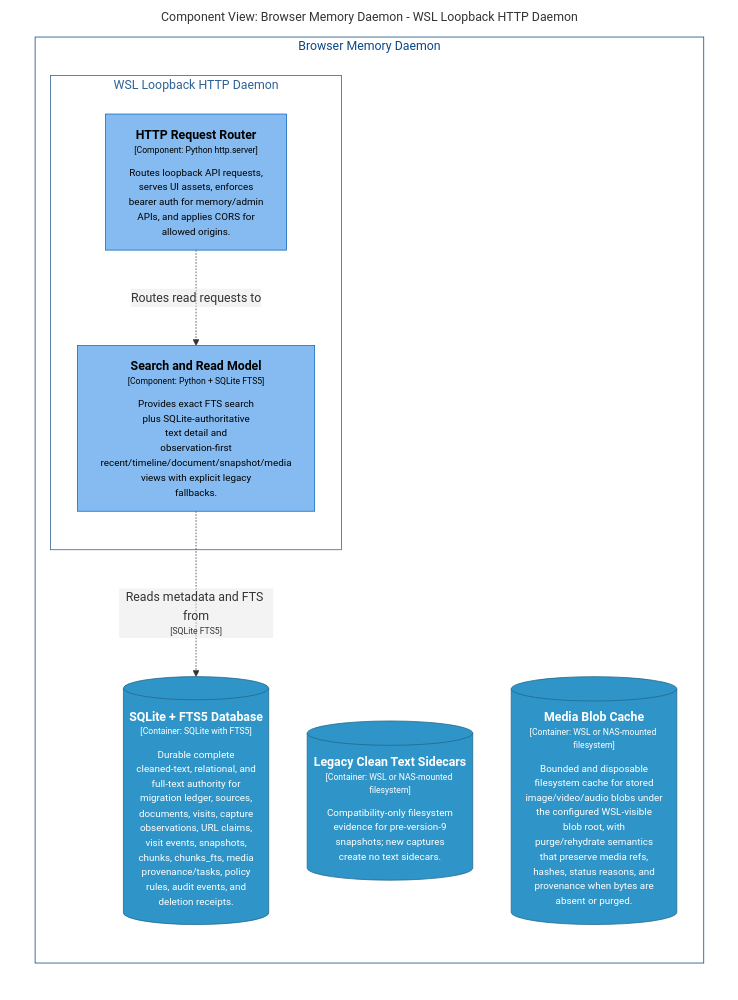
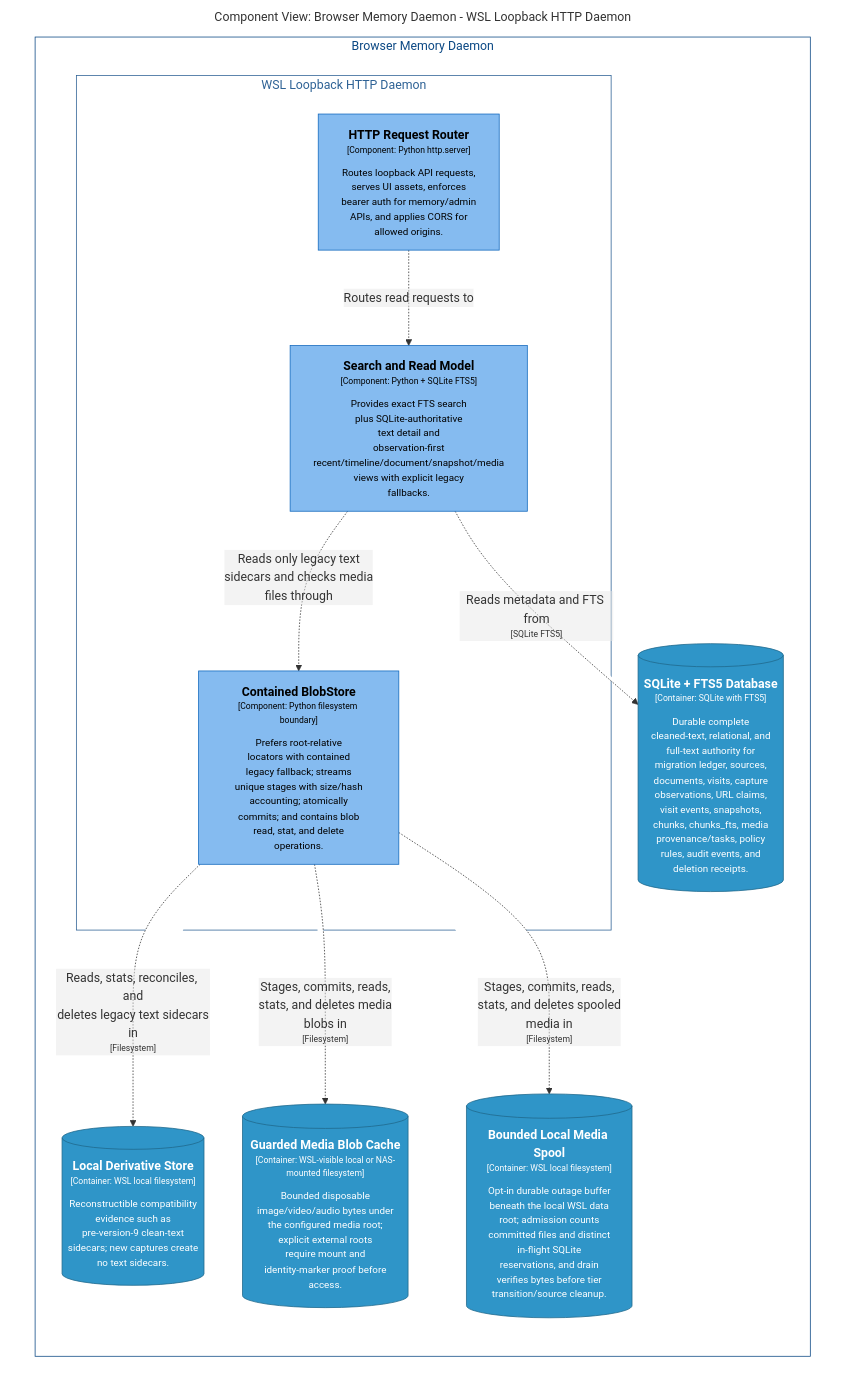
One commit to michaelnicks0/browser-memory-daemon changed the diagram in docs/architecture/diagrams/markdown/DaemonReadComponents.md. Above: the diagram before and after it, drawn with Mermaid. The commit also changed 184 other files, not shown here.

Commit message:
feat(storage): split media root and add bounded spool

````diff
--- a/docs/architecture/diagrams/markdown/DaemonReadComponents.md
+++ b/docs/architecture/diagrams/markdown/DaemonReadComponents.md
@@ -16,32 +16,40 @@
 ```mermaid
 graph LR
   linkStyle default fill:#ffffff
 
   subgraph diagram ["Component View: Browser Memory Daemon - WSL Loopback HTTP Daemon"]
     style diagram fill:#ffffff,stroke:#ffffff
 
     subgraph 4 ["Browser Memory Daemon"]
       style 4 fill:#ffffff,stroke:#0b4884,color:#0b4884
 
       subgraph 14 ["WSL Loopback HTTP Daemon"]
         style 14 fill:#ffffff,stroke:#2e6295,color:#2e6295
 
         15["<div style='font-weight: bold'>HTTP Request Router</div><div style='font-size: 70%; margin-top: 0px'>[Component: Python http.server]</div><div style='font-size: 80%; margin-top:10px'>Routes loopback API requests,<br />serves UI assets, enforces<br />bearer auth for memory/admin<br />APIs, and applies CORS for<br />allowed origins.</div>"]
         style 15 fill:#85bbf0,stroke:#1168bd,color:#000000
+        22["<div style='font-weight: bold'>Contained BlobStore</div><div style='font-size: 70%; margin-top: 0px'>[Component: Python filesystem boundary]</div><div style='font-size: 80%; margin-top:10px'>Prefers root-relative<br />locators with contained<br />legacy fallback; streams<br />unique stages with size/hash<br />accounting; atomically<br />commits; and contains blob<br />read, stat, and delete<br />operations.</div>"]
+        style 22 fill:#85bbf0,stroke:#1168bd,color:#000000
         23["<div style='font-weight: bold'>Search and Read Model</div><div style='font-size: 70%; margin-top: 0px'>[Component: Python + SQLite FTS5]</div><div style='font-size: 80%; margin-top:10px'>Provides exact FTS search<br />plus SQLite-authoritative<br />text detail and<br />observation-first<br />recent/timeline/document/snapshot/media<br />views with explicit legacy<br />fallbacks.</div>"]
         style 23 fill:#85bbf0,stroke:#1168bd,color:#000000
       end
 
       29[("<div style='font-weight: bold'>SQLite + FTS5 Database</div><div style='font-size: 70%; margin-top: 0px'>[Container: SQLite with FTS5]</div><div style='font-size: 80%; margin-top:10px'>Durable complete<br />cleaned-text, relational, and<br />full-text authority for<br />migration ledger, sources,<br />documents, visits, capture<br />observations, URL claims,<br />visit events, snapshots,<br />chunks, chunks_fts, media<br />provenance/tasks, policy<br />rules, audit events, and<br />deletion receipts.</div>")]
       style 29 fill:#2f95c8,stroke:#20688c,color:#ffffff
-      30[("<div style='font-weight: bold'>Legacy Clean Text Sidecars</div><div style='font-size: 70%; margin-top: 0px'>[Container: WSL or NAS-mounted filesystem]</div><div style='font-size: 80%; margin-top:10px'>Compatibility-only filesystem<br />evidence for pre-version-9<br />snapshots; new captures<br />create no text sidecars.</div>")]
+      30[("<div style='font-weight: bold'>Local Derivative Store</div><div style='font-size: 70%; margin-top: 0px'>[Container: WSL local filesystem]</div><div style='font-size: 80%; margin-top:10px'>Reconstructible compatibility<br />evidence such as<br />pre-version-9 clean-text<br />sidecars; new captures create<br />no text sidecars.</div>")]
       style 30 fill:#2f95c8,stroke:#20688c,color:#ffffff
-      31[("<div style='font-weight: bold'>Media Blob Cache</div><div style='font-size: 70%; margin-top: 0px'>[Container: WSL or NAS-mounted filesystem]</div><div style='font-size: 80%; margin-top:10px'>Bounded and disposable<br />filesystem cache for stored<br />image/video/audio blobs under<br />the configured WSL-visible<br />blob root, with<br />purge/rehydrate semantics<br />that preserve media refs,<br />hashes, status reasons, and<br />provenance when bytes are<br />absent or purged.</div>")]
+      31[("<div style='font-weight: bold'>Guarded Media Blob Cache</div><div style='font-size: 70%; margin-top: 0px'>[Container: WSL-visible local or NAS-mounted filesystem]</div><div style='font-size: 80%; margin-top:10px'>Bounded disposable<br />image/video/audio bytes under<br />the configured media root;<br />explicit external roots<br />require mount and<br />identity-marker proof before<br />access.</div>")]
       style 31 fill:#2f95c8,stroke:#20688c,color:#ffffff
+      32[("<div style='font-weight: bold'>Bounded Local Media Spool</div><div style='font-size: 70%; margin-top: 0px'>[Container: WSL local filesystem]</div><div style='font-size: 80%; margin-top:10px'>Opt-in durable outage buffer<br />beneath the local WSL data<br />root; admission counts<br />committed files and distinct<br />in-flight SQLite<br />reservations, and drain<br />verifies bytes before tier<br />transition/source cleanup.</div>")]
+      style 32 fill:#2f95c8,stroke:#20688c,color:#ffffff
     end
 
     15-. "<div>Routes read requests to</div><div style='font-size: 70%'></div>" .->23
     23-. "<div>Reads metadata and FTS from</div><div style='font-size: 70%'>[SQLite FTS5]</div>" .->29
+    23-. "<div>Reads only legacy text<br />sidecars and checks media<br />files through</div><div style='font-size: 70%'></div>" .->22
+    22-. "<div>Reads, stats, reconciles, and<br />deletes legacy text sidecars<br />in</div><div style='font-size: 70%'>[Filesystem]</div>" .->30
+    22-. "<div>Stages, commits, reads,<br />stats, and deletes media<br />blobs in</div><div style='font-size: 70%'>[Filesystem]</div>" .->31
+    22-. "<div>Stages, commits, reads,<br />stats, and deletes spooled<br />media in</div><div style='font-size: 70%'>[Filesystem]</div>" .->32
 
   end
 ```
````
